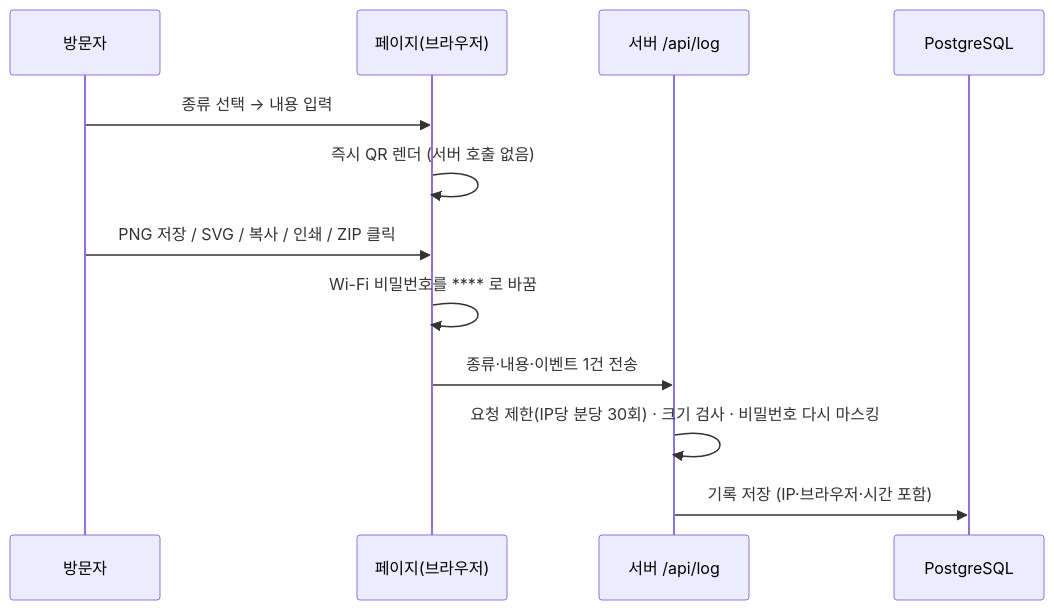
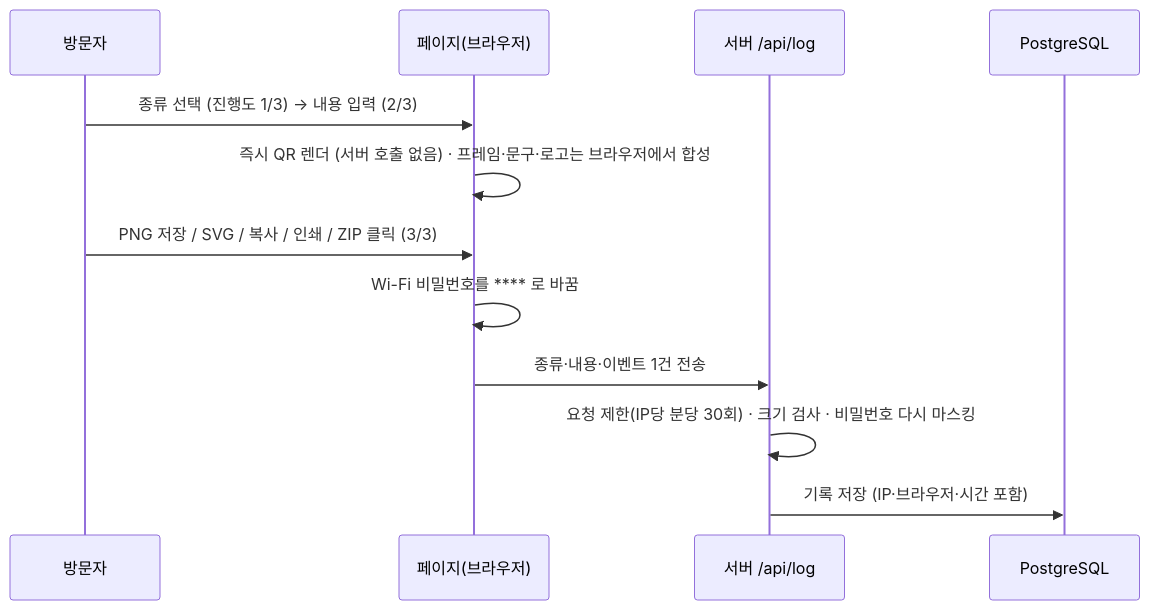
Before and after one commit to vittroi384/qr-web: the second of 4 diagrams in docs/인수인계.md, drawn with Mermaid. The commit also changed other lines of this file and 6 other files, not shown here.

Commit message:
문서·흐름도 현행화: Cloudflare 경유 구조와 실제 IP 전달, 진행도·프레임 합성, 관리자 직접 접속, 파일 지도(frame.ts·StyleOptions), ADR-008 첫 방문 언어 안내, 비용 문구

````diff
--- a/docs/인수인계.md
+++ b/docs/인수인계.md
@@ -76,14 +80,14 @@
 ```mermaid
 sequenceDiagram
   participant U as 방문자
   participant P as 페이지(브라우저)
   participant S as 서버 /api/log
   participant DB as PostgreSQL
-  U->>P: 종류 선택 → 내용 입력
-  P->>P: 즉시 QR 렌더 (서버 호출 없음)
-  U->>P: PNG 저장 / SVG / 복사 / 인쇄 / ZIP 클릭
+  U->>P: 종류 선택 (진행도 1/3) → 내용 입력 (2/3)
+  P->>P: 즉시 QR 렌더 (서버 호출 없음) · 프레임·문구·로고는 브라우저에서 합성
+  U->>P: PNG 저장 / SVG / 복사 / 인쇄 / ZIP 클릭 (3/3)
   P->>P: Wi-Fi 비밀번호를 **** 로 바꿈
   P->>S: 종류·내용·이벤트 1건 전송
   S->>S: 요청 제한(IP당 분당 30회) · 크기 검사 · 비밀번호 다시 마스킹
   S->>DB: 기록 저장 (IP·브라우저·시간 포함)
 ```
````
